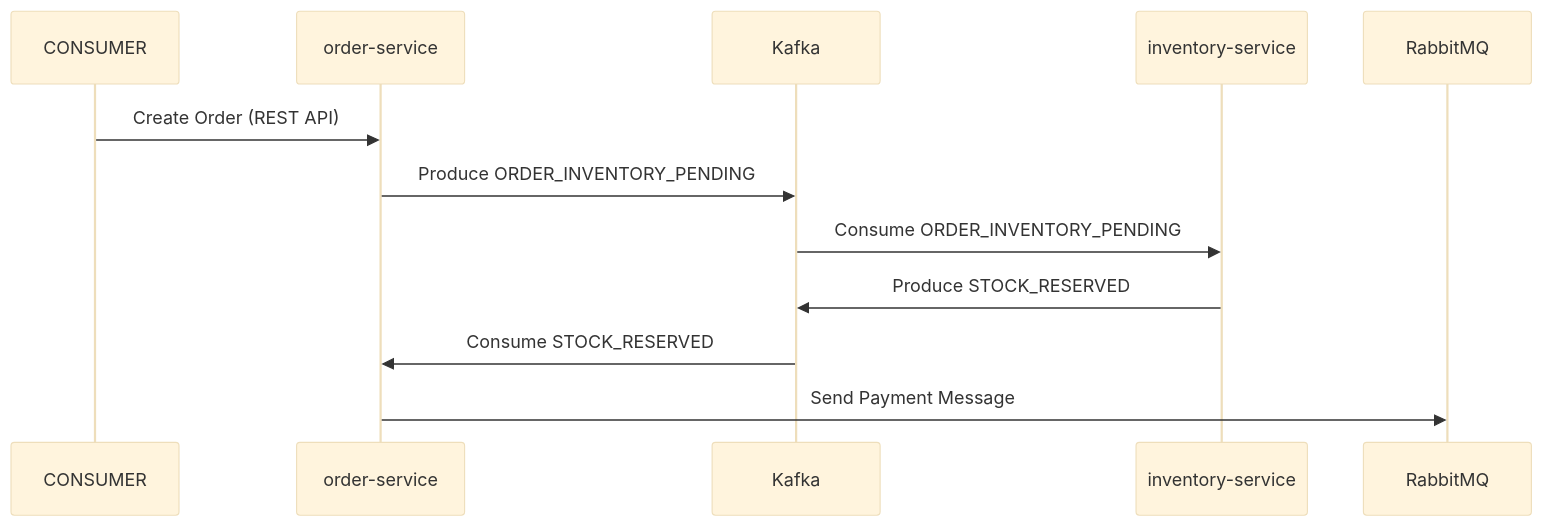
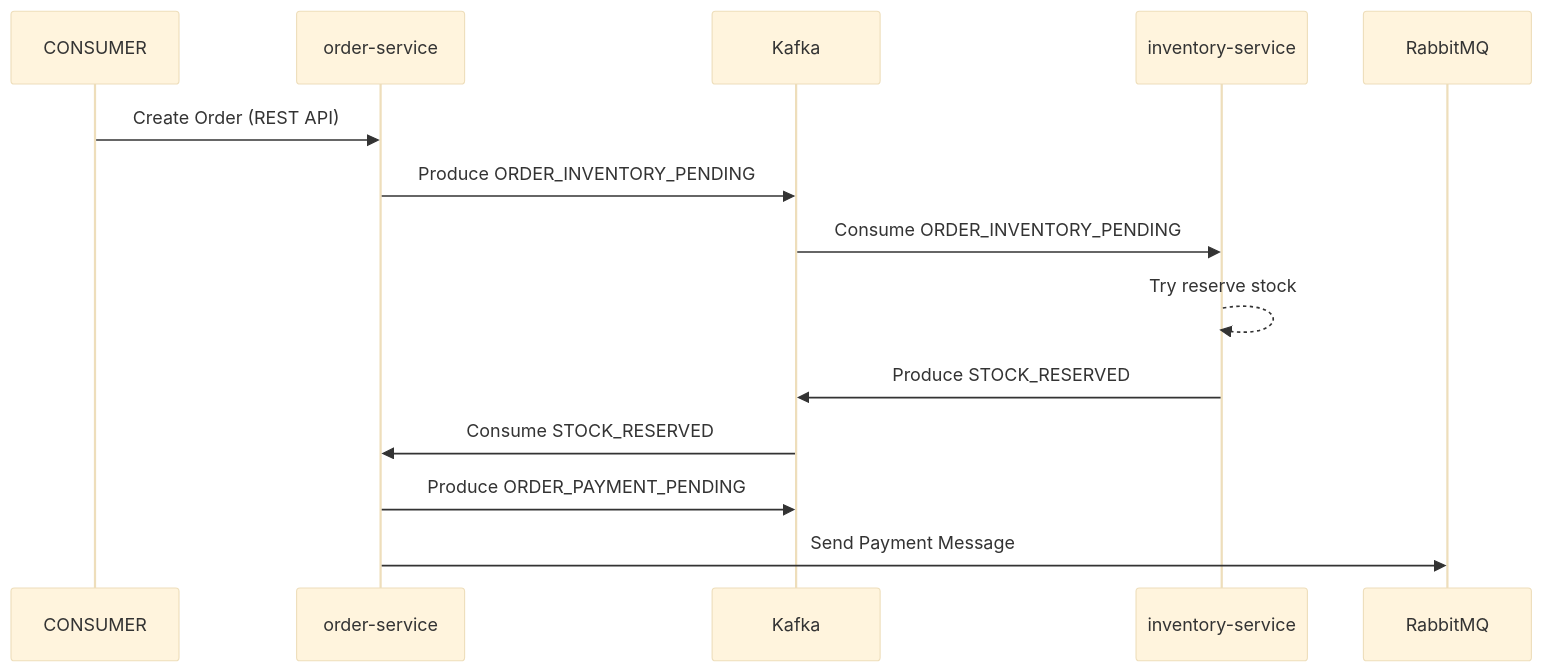
The fourth of 7 diagrams in documents/FLOWS.md (sevketbuyukdemir/microservices), drawn with Mermaid (base theme) before and after one commit. The commit also changed other lines of this file and 11 other files, not shown here.

````diff
--- a/documents/FLOWS.md
+++ b/documents/FLOWS.md
@@ -65,15 +70,17 @@
 ```mermaid
 sequenceDiagram
     participant C as CONSUMER
     participant OS as order-service
     participant K as Kafka
     participant IS as inventory-service
     participant MQ as RabbitMQ
 
     C->>OS: Create Order (REST API)
     OS->>K: Produce ORDER_INVENTORY_PENDING
     K->>IS: Consume ORDER_INVENTORY_PENDING
+    IS-->>IS: Try reserve stock
     IS->>K: Produce STOCK_RESERVED
     K->>OS: Consume STOCK_RESERVED
+    OS->>K: Produce ORDER_PAYMENT_PENDING
     OS->>MQ: Send Payment Message
 ```
````
